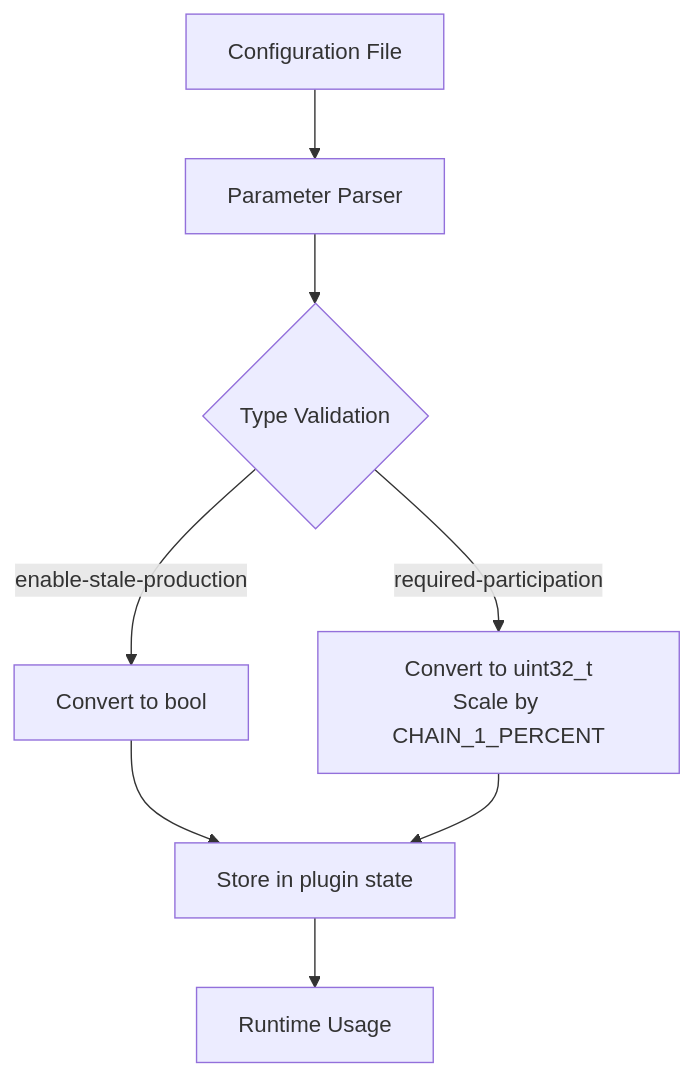
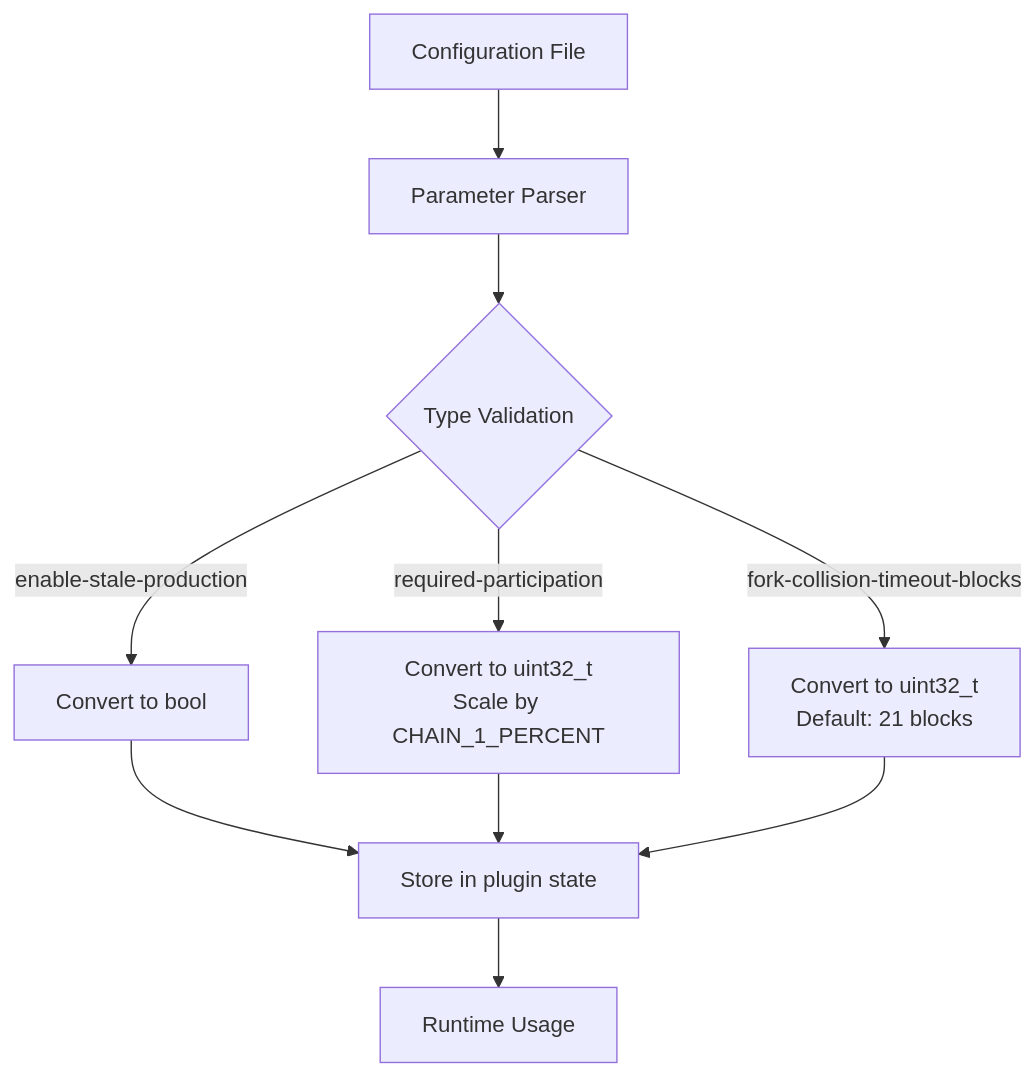
Before and after one commit to VIZ-Blockchain/viz-cpp-node: the third of 8 diagrams in .qoder/repowiki/en/content/Witness.md, drawn with Mermaid. The commit also changed other lines of this file and 9 other files, not shown here.

````diff
--- a/.qoder/repowiki/en/content/Witness.md
+++ b/.qoder/repowiki/en/content/Witness.md
@@ -242,10 +275,12 @@
 ```mermaid
 flowchart TD
 Config["Configuration File"] --> Parser["Parameter Parser"]
 Parser --> TypeCheck{"Type Validation"}
 TypeCheck --> |enable-stale-production| BoolConvert["Convert to bool"]
 TypeCheck --> |required-participation| IntConvert["Convert to uint32_t<br/>Scale by CHAIN_1_PERCENT"]
+TypeCheck --> |fork-collision-timeout-blocks| TimeoutConvert["Convert to uint32_t<br/>Default: 21 blocks"]
 BoolConvert --> Storage["Store in plugin state"]
 IntConvert --> Storage
+TimeoutConvert --> Storage
 Storage --> Runtime["Runtime Usage"]
 ```
````
